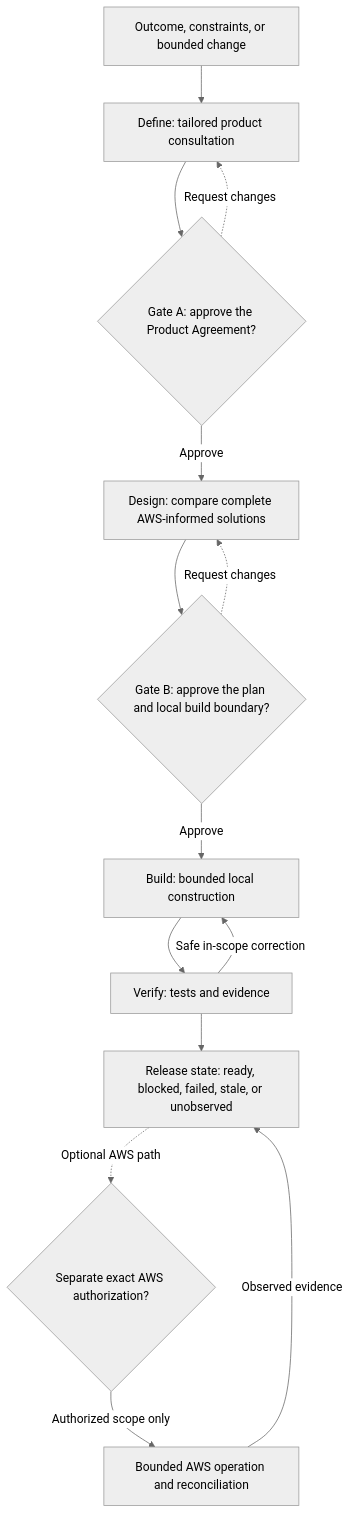
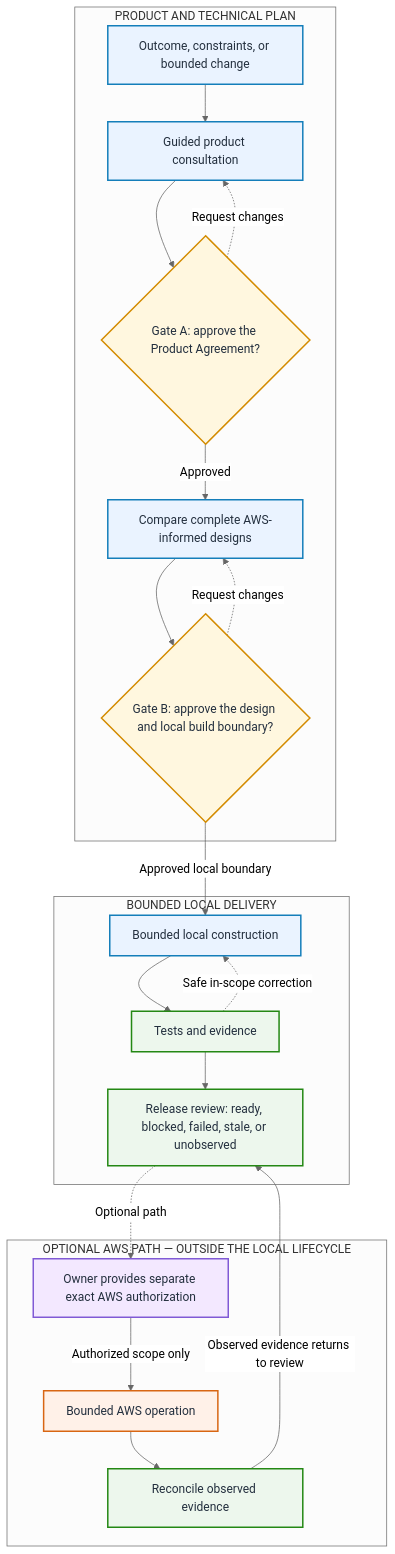
Before and after one commit to Levi-Breedlove/codex-aws-aidlc: the diagram in README.md, drawn with Mermaid (neutral theme). The commit also changed other lines of this file and 11 other files, not shown here.

First line of the commit message:
docs: improve Fastlane owner navigation and journey diagram (#105)

````diff
--- a/README.md
+++ b/README.md
@@ -36,31 +36,31 @@
 ```mermaid
 flowchart TB
     accTitle: Fastlane governed delivery at a glance
-    accDescr: The owner defines the product and approves two boundaries. Fastlane designs, builds, and verifies locally. AWS work requires separate exact authorization and returns observed evidence to release review.
-
-    IDEA["Outcome, constraints, or bounded change"]
-    DEFINE["Define: tailored product consultation"]
-    GATEA{"Gate A: approve the Product Agreement?"}
-    DESIGN["Design: compare complete AWS-informed solutions"]
-    GATEB{"Gate B: approve the plan and local build boundary?"}
-    BUILD["Build: bounded local construction"]
-    VERIFY["Verify: tests and evidence"]
-    RESULT["Release state: ready, blocked, failed, stale, or unobserved"]
-    AWSAUTH{"Separate exact AWS authorization?"}
-    AWSOPS["Bounded AWS operation and reconciliation"]
-
-    IDEA --> DEFINE --> GATEA
-    GATEA -->|"Approve"| DESIGN
-    GATEA -. "Request changes" .-> DEFINE
-
-    DESIGN --> GATEB
-    GATEB -->|"Approve"| BUILD
-    GATEB -. "Request changes" .-> DESIGN
-
-    BUILD --> VERIFY --> RESULT
-    VERIFY -->|"Safe in-scope correction"| BUILD
-
-    RESULT -. "Optional AWS path" .-> AWSAUTH
-    AWSAUTH -->|"Authorized scope only"| AWSOPS
-    AWSOPS -->|"Observed evidence"| RESULT
+    accDescr: The governed local journey contains Gate A and Gate B. An optional AWS path sits outside both gates, requires separate exact authorization from the owner, and returns observed evidence to release review.
+    subgraph PLAN["PRODUCT AND TECHNICAL PLAN"]
+        IDEA["Outcome, constraints, or bounded change"] --> DEFINE["Guided product consultation"] --> GATEA{"Gate A: approve the Product Agreement?"}
+        GATEA -->|"Approved"| DESIGN["Compare complete AWS-informed designs"] --> GATEB{"Gate B: approve the design and local build boundary?"}
+        GATEA -. "Request changes" .-> DEFINE
+        GATEB -. "Request changes" .-> DESIGN
+    end
+    subgraph LOCAL["BOUNDED LOCAL DELIVERY"]
+        BUILD["Bounded local construction"] --> VERIFY["Tests and evidence"] --> RESULT["Release review: ready, blocked, failed, stale, or unobserved"]
+        VERIFY -. "Safe in-scope correction" .-> BUILD
+    end
+    subgraph CLOUD["OPTIONAL AWS PATH — OUTSIDE THE LOCAL LIFECYCLE"]
+        AWSAUTH["Owner provides separate exact AWS authorization"] -->|"Authorized scope only"| AWSOPS["Bounded AWS operation"] --> AWSOBS["Reconcile observed evidence"]
+    end
+    GATEB -->|"Approved local boundary"| BUILD
+    RESULT -. "Optional path" .-> AWSAUTH
+    AWSOBS -->|"Observed evidence returns to review"| RESULT
+    class IDEA,DEFINE,DESIGN,BUILD work
+    class GATEA,GATEB gate
+    class AWSAUTH authorization
+    class VERIFY,RESULT,AWSOBS evidence
+    class AWSOPS aws
+    classDef work fill:#EAF3FF,stroke:#147EBA,color:#232F3E,stroke-width:2px
+    classDef gate fill:#FFF7DF,stroke:#D38B00,color:#232F3E,stroke-width:2px
+    classDef authorization fill:#F3E8FF,stroke:#805AD5,color:#232F3E,stroke-width:2px
+    classDef evidence fill:#EDF7ED,stroke:#248814,color:#232F3E,stroke-width:2px
+    classDef aws fill:#FFF1E8,stroke:#D86613,color:#232F3E,stroke-width:2px
 ```
````
